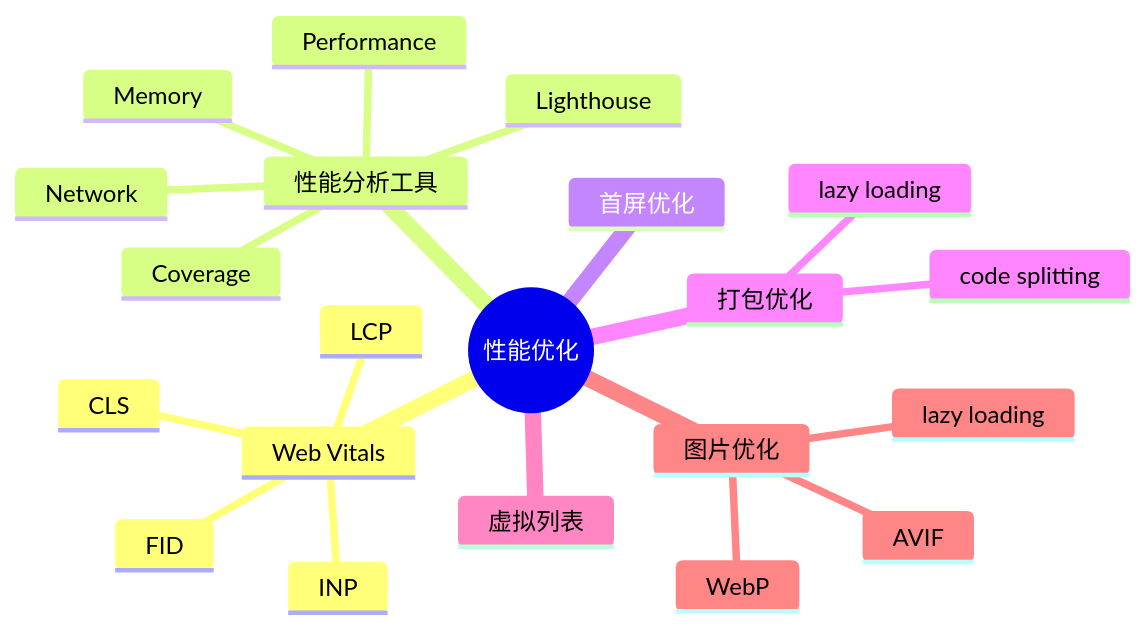
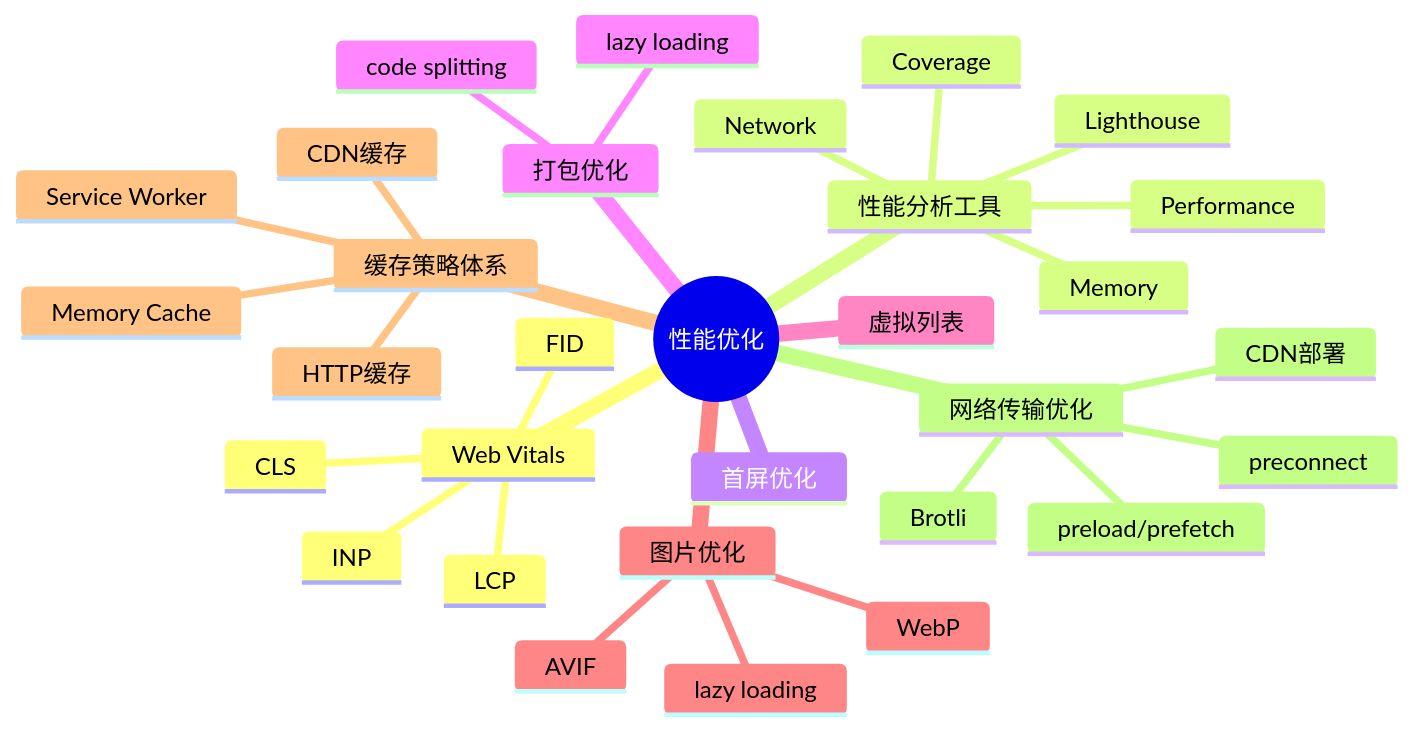
Before and after one commit to zjh42139/interview-notes: the diagram in docs/性能优化/index.md, drawn with Mermaid. The commit also changed other lines of this file and 23 other files, not shown here.

````diff
--- a/docs/性能优化/index.md
+++ b/docs/性能优化/index.md
@@ -17,24 +17,34 @@
 ```mermaid
 mindmap
   root((性能优化))
     Web Vitals
       LCP
       FID
       CLS
       INP
     性能分析工具
       Performance
       Lighthouse
       Memory
       Network
       Coverage
     首屏优化
     打包优化
       code splitting
       lazy loading
     虚拟列表
     图片优化
       WebP
       AVIF
       lazy loading
+    缓存策略体系
+      HTTP缓存
+      Memory Cache
+      Service Worker
+      CDN缓存
+    网络传输优化
+      preload/prefetch
+      preconnect
+      Brotli
+      CDN部署
 ```
````
